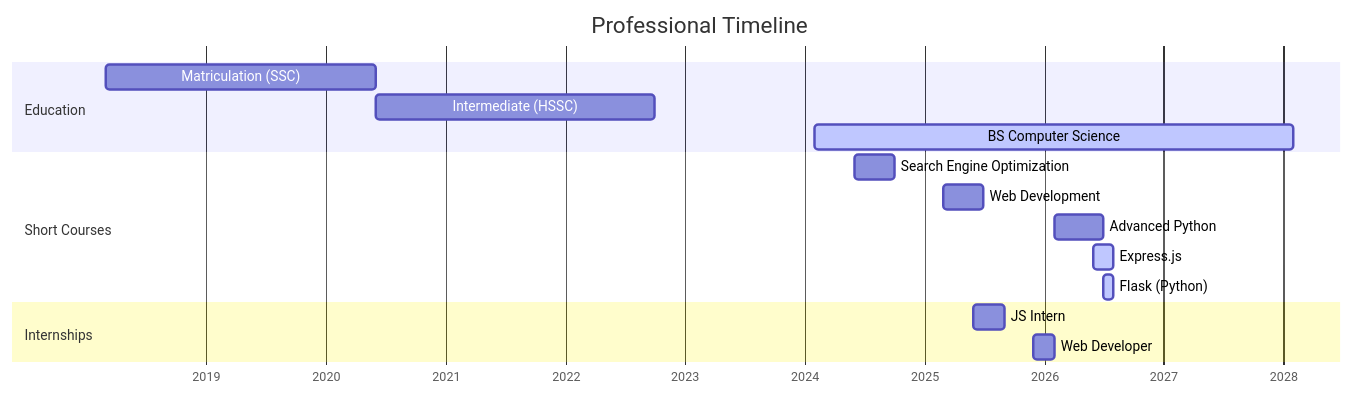
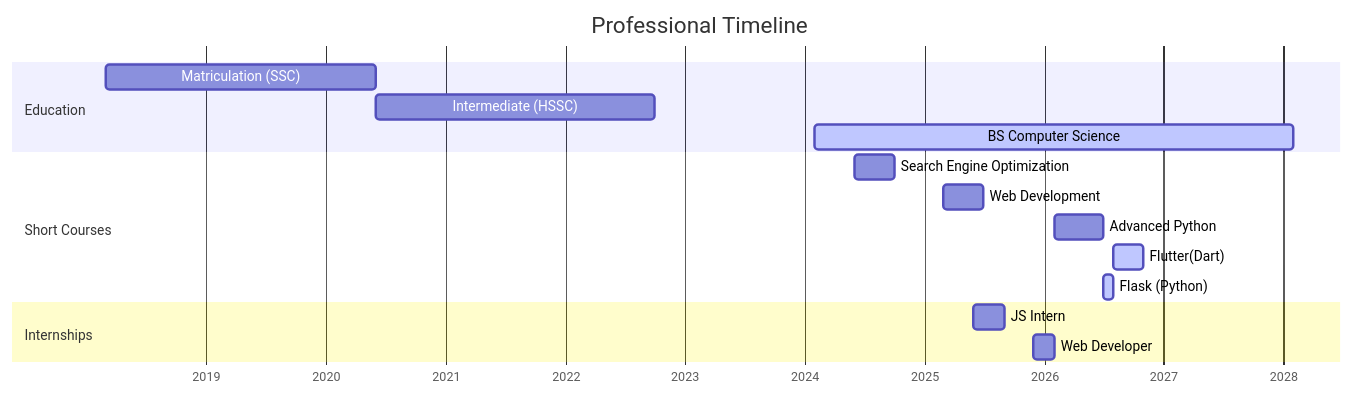
The diagram in README.md (ahmadubaid061/ahmadubaid061), drawn with Mermaid before and after one commit.

Commit message:
Update course offerings in README
Replaced Express.js course with Flutter(Dart) course.

````diff
--- a/README.md
+++ b/README.md
@@ -105,22 +105,22 @@
 ```mermaid
 gantt
     title Professional Timeline
     dateFormat  YYYY-MM
     axisFormat  %Y
 
     section Education
     Matriculation (SSC)      :a1, 2018-03, 2020-06
     Intermediate (HSSC)      :a2, after a1, 2022-10
     BS Computer Science      :active, a3, 2024-02, 2028-02
 
     section Short Courses
     Search Engine Optimization :a4, 2024-06, 2024-10
     Web Development             :a5, 2025-03, 2025-07
     Advanced Python              :a6, 2026-02, 2026-07
-    Express.js                   :active, a7, 2026-06, 2026-08
+    Flutter(Dart)                 :active, a7, 2026-08, 2026-11
     Flask (Python)                :active, a8, 2026-07, 2026-08
 
     section Internships
     JS Intern            :a9, 2025-06, 2025-09
     Web Developer         :a10, 2025-12, 2026-02
 ```
````
